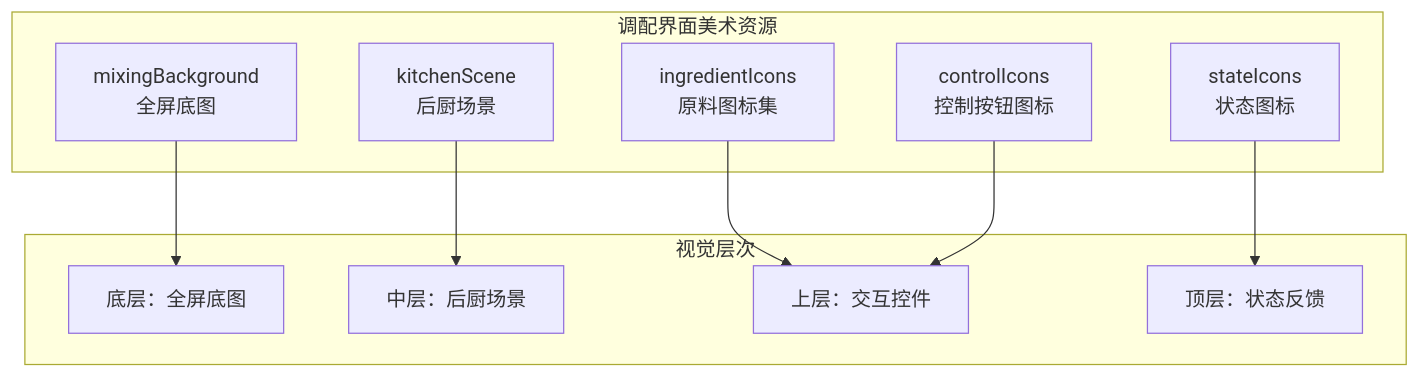
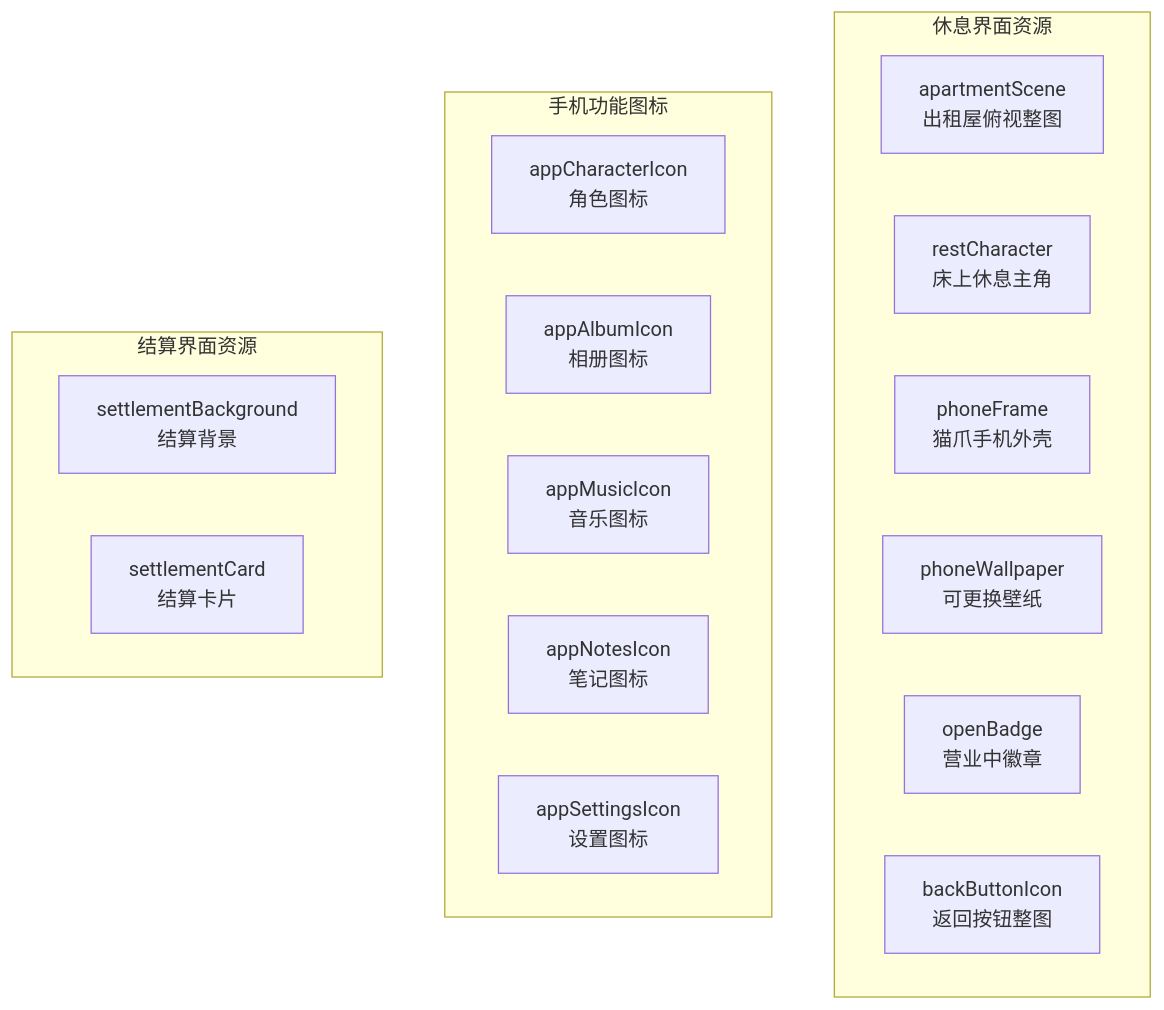
The fourth of 5 diagrams in .qoder/repowiki/zh/content/核心系统详解/UI系统架构.md (Thanatos42/-demo), drawn with Mermaid before and after one commit. The commit also changed other lines of this file and 2 other files, not shown here.

````diff
--- a/.qoder/repowiki/zh/content/核心系统详解/UI系统架构.md
+++ b/.qoder/repowiki/zh/content/核心系统详解/UI系统架构.md
@@ -332,21 +341,22 @@
 ```mermaid
 graph TB
-subgraph "调配界面美术资源"
-Bg["mixingBackground<br/>全屏底图"]
-Kitchen["kitchenScene<br/>后厨场景"]
-Ingredients["ingredientIcons<br/>原料图标集"]
-Controls["controlIcons<br/>控制按钮图标"]
-States["stateIcons<br/>状态图标"]
+subgraph "休息界面资源"
+Apartment["apartmentScene<br/>出租屋俯视整图"]
+RestChar["restCharacter<br/>床上休息主角"]
+PhoneFrame["phoneFrame<br/>猫爪手机外壳"]
+PhoneWall["phoneWallpaper<br/>可更换壁纸"]
+OpenBadge["openBadge<br/>营业中徽章"]
+BackBtn["backButtonIcon<br/>返回按钮整图"]
 end
-subgraph "视觉层次"
-Layer1["底层：全屏底图"]
-Layer2["中层：后厨场景"]
-Layer3["上层：交互控件"]
-Layer4["顶层：状态反馈"]
+subgraph "手机功能图标"
+AppChar["appCharacterIcon<br/>角色图标"]
+AppAlbum["appAlbumIcon<br/>相册图标"]
+AppMusic["appMusicIcon<br/>音乐图标"]
+AppNotes["appNotesIcon<br/>笔记图标"]
+AppSettings["appSettingsIcon<br/>设置图标"]
 end
-Bg --> Layer1
-Kitchen --> Layer2
-Ingredients --> Layer3
-Controls --> Layer3
-States --> Layer4
+subgraph "结算界面资源"
+SettleBg["settlementBackground<br/>结算背景"]
+SettleCard["settlementCard<br/>结算卡片"]
+end
 ```
````
